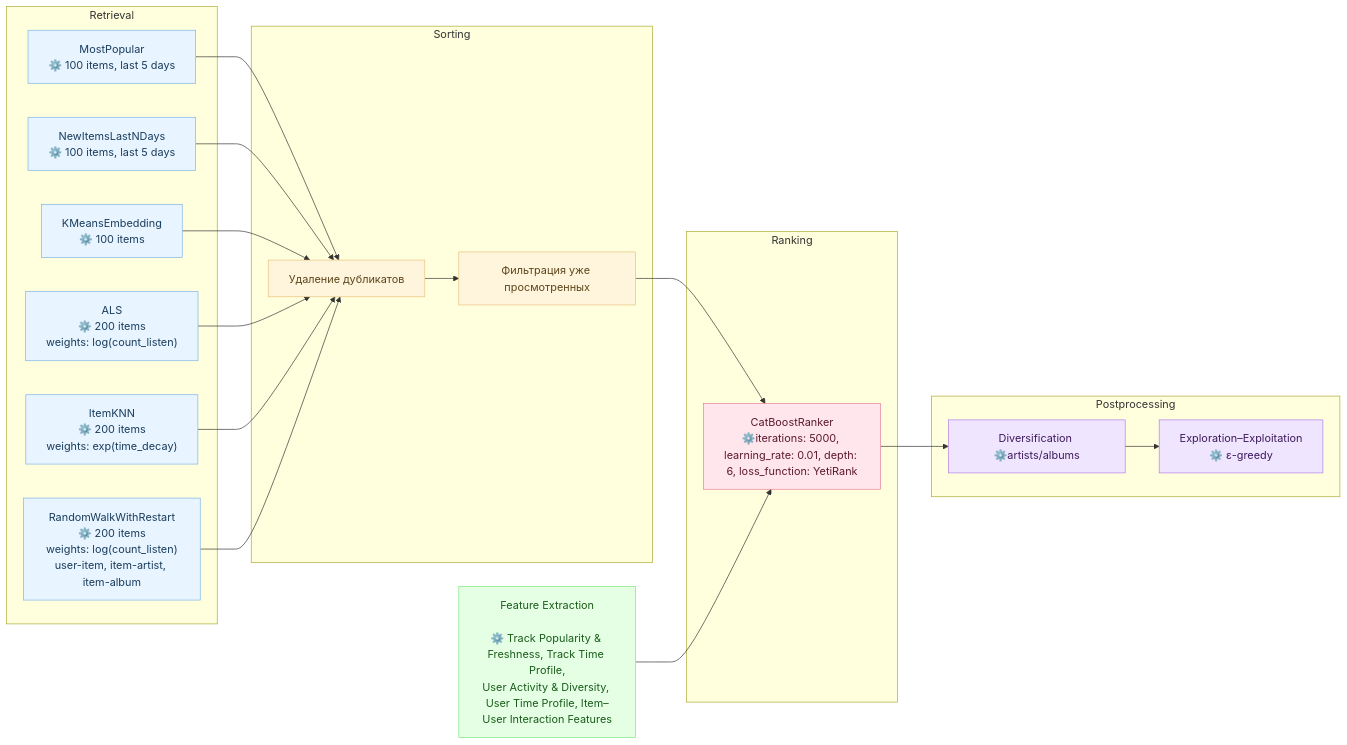
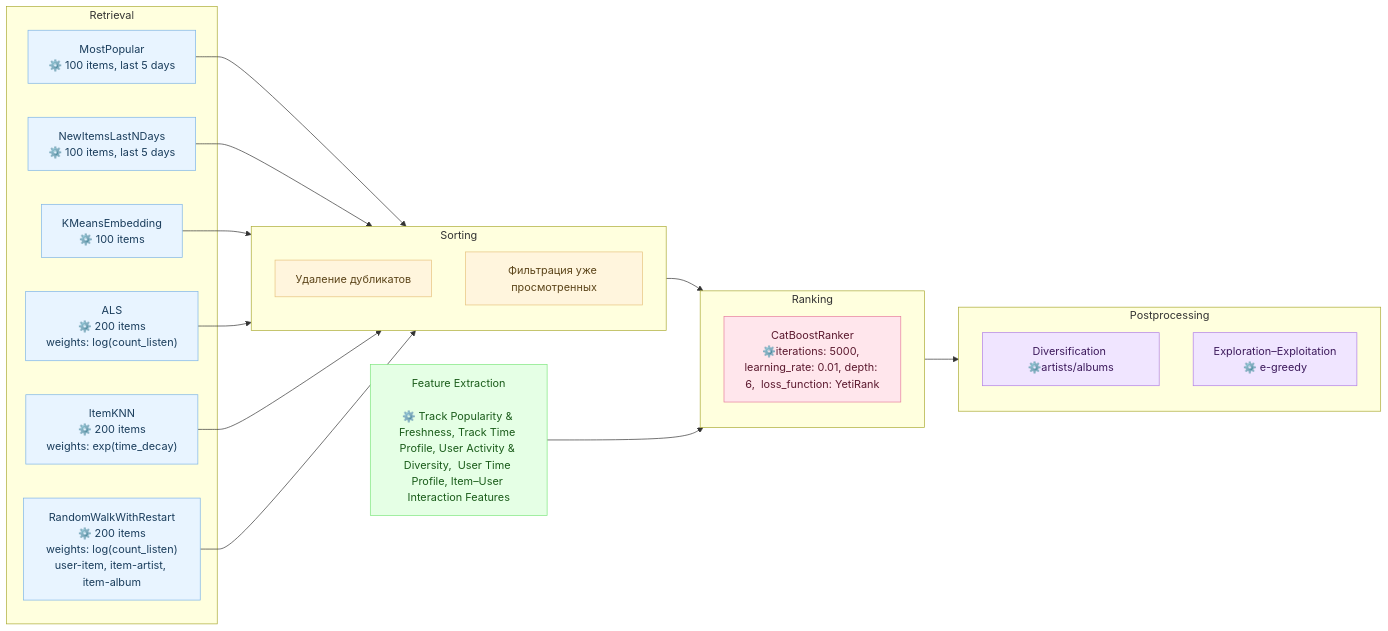
Before and after one commit to Nastasy822/music-recommendation-experiments: the second of 2 diagrams in README.md, drawn with Mermaid.

Commit message:
docs(readme): update diagram

````diff
--- a/README.md
+++ b/README.md
@@ -180,60 +180,60 @@
 ```mermaid
 flowchart LR
 
     %% === Retrieval Models ===
     subgraph RETRIEVAL ["Retrieval"]
         PopAll["MostPopular<br/>⚙️ 100 items, last 5 days"]
         PopUser["NewItemsLastNDays<br/>⚙️ 100 items, last 5 days"]
         SIM["KMeansEmbedding<br/>⚙️ 100 items"]
         ITEMKNN["ItemKNN<br/>⚙️ 200 items<br/>weights: exp(time_decay)"]
         GRAPH["RandomWalkWithRestart<br/>⚙️ 200 items<br/>weights: log(count_listen)<br/>user-item, item-artist, item-album"]
         ALS["ALS<br/>⚙️ 200 items<br/>weights: log(count_listen)"]
     end
 
     %% === Sorting Stage ===
     subgraph SORTING ["Sorting"]
+        direction TB
         DUBLICATE["Удаление дубликатов"]
-        DUBLICATE --> FILTER["Фильтрация уже просмотренных"]
+        FILTER["Фильтрация уже просмотренных"]
     end
 
     %% === Ranking Stage ===
     subgraph RANKING ["Ranking"]
-        RANK["CatBoostRanker<br/>⚙️iterations: 5000, learning_rate: 0.01, depth: 6, loss_function: YetiRank"]
+        RANK["CatBoostRanker<br/>⚙️iterations: 5000, learning_rate: 0.01, depth: 6,  loss_function: YetiRank "]
     end
 
     %% === Postprocessing Stage ===
     subgraph POSTPROCESS ["Postprocessing"]
         ARTIST_FILTER["Diversification ⚙️artists/albums"]
-        ARTIST_FILTER --> EXPLORATION["Exploration–Exploitation<br/>⚙️ ε-greedy"]
+        EXPLORATION["Exploration–Exploitation<br/> ⚙️ e-greedy"]
     end
 
     %% === Feature Extraction ===
-    FEATS["Feature Extraction<br><br>⚙️ Track Popularity & Freshness, Track Time Profile,<br/>User Activity & Diversity, User Time Profile, Item–User Interaction Features"]
+    FEATS["Feature Extraction<br><br>⚙️ Track Popularity & Freshness, Track Time Profile, User Activity & Diversity,  User Time Profile, Item–User Interaction Features"]
 
     %% === Data Flows ===
-    PopAll --> DUBLICATE
-    PopUser --> DUBLICATE
-    SIM --> DUBLICATE
-    ALS --> DUBLICATE
-    ITEMKNN --> DUBLICATE
-    GRAPH --> DUBLICATE
+    PopAll --> SORTING
+    PopUser --> SORTING
+    SIM --> SORTING
+    ALS --> SORTING
+    ITEMKNN --> SORTING
+    GRAPH --> SORTING
 
-    FILTER --> RANK
-    FEATS --> RANK
+    SORTING --> RANKING
+    FEATS --> RANKING
 
-    RANK --> ARTIST_FILTER
+    RANKING --> POSTPROCESS
 
     %% === Styles ===
     classDef retrieval fill:#e8f4ff,stroke:#7db4e6,color:#1a3d5c;
     classDef sorting fill:#fff5dd,stroke:#e6c27d,color:#5c451a;
     classDef ranking fill:#ffe6ec,stroke:#e67d9c,color:#5c1a2f;
     classDef postprocess fill:#f0e5ff,stroke:#b07de6,color:#3d1a5c;
     classDef features fill:#e5ffe5,stroke:#7de67d,color:#1a5c1a;
 
     class PopAll,PopUser,SIM,ALS,ITEMKNN,GRAPH retrieval;
-    class DUBLICATE,FILTER sorting;
+    class FILTER,DUBLICATE sorting;
     class RANK ranking;
     class ARTIST_FILTER,EXPLORATION postprocess;
     class FEATS features;
-
 ```
````
